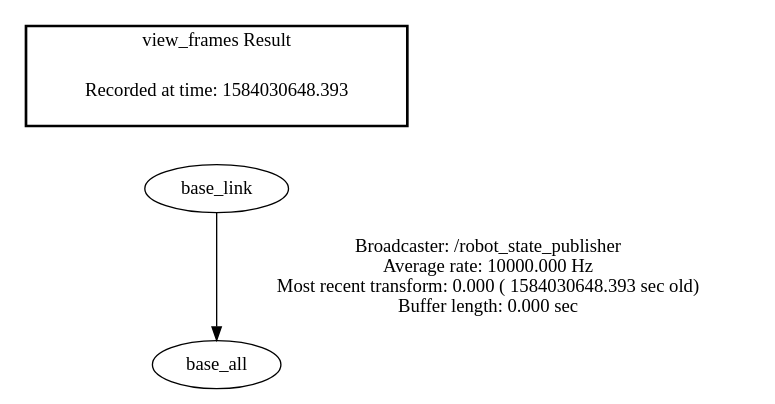
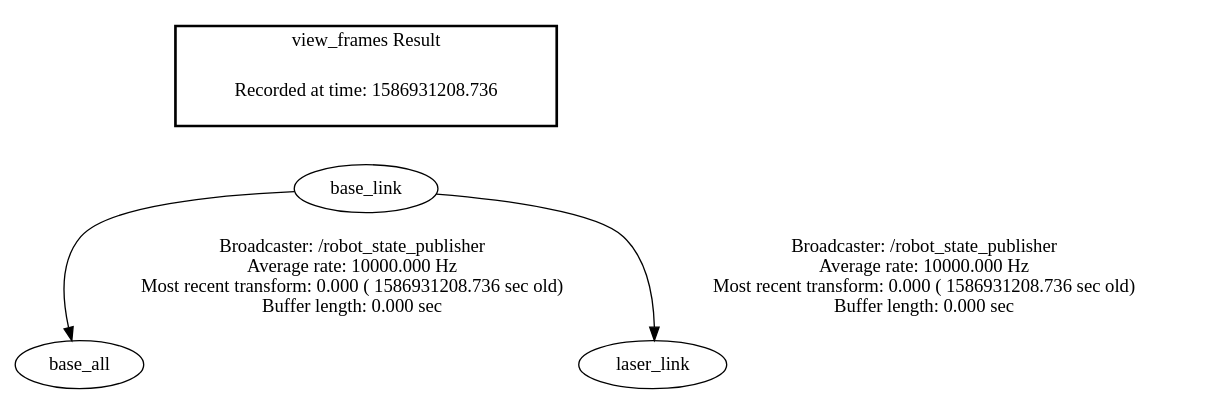
The diagram in catkin_ws/frames.gv (AuroTB/Nav_modules), drawn with Graphviz before and after one commit. The commit also changed 1285 other files, not shown here.

```diff
--- a/catkin_ws/frames.gv
+++ b/catkin_ws/frames.gv
@@ -1,7 +1,8 @@
 digraph G {
-"base_link" -> "base_all"[label="Broadcaster: /robot_state_publisher\nAverage rate: 10000.000 Hz\nMost recent transform: 0.000 ( 1584030648.393 sec old)\nBuffer length: 0.000 sec\n"];
+"base_link" -> "base_all"[label="Broadcaster: /robot_state_publisher\nAverage rate: 10000.000 Hz\nMost recent transform: 0.000 ( 1586931208.736 sec old)\nBuffer length: 0.000 sec\n"];
+"base_link" -> "laser_link"[label="Broadcaster: /robot_state_publisher\nAverage rate: 10000.000 Hz\nMost recent transform: 0.000 ( 1586931208.736 sec old)\nBuffer length: 0.000 sec\n"];
 edge [style=invis];
  subgraph cluster_legend { style=bold; color=black; label ="view_frames Result";
-"Recorded at time: 1584030648.393"[ shape=plaintext ] ;
+"Recorded at time: 1586931208.736"[ shape=plaintext ] ;
  }->"base_link";
 }
```
